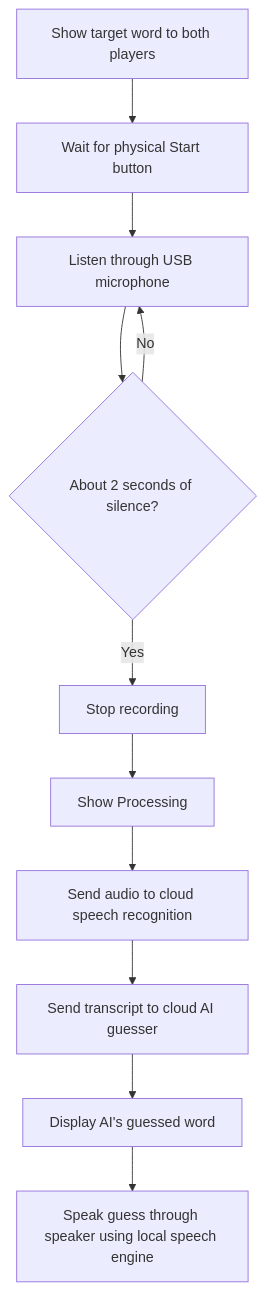
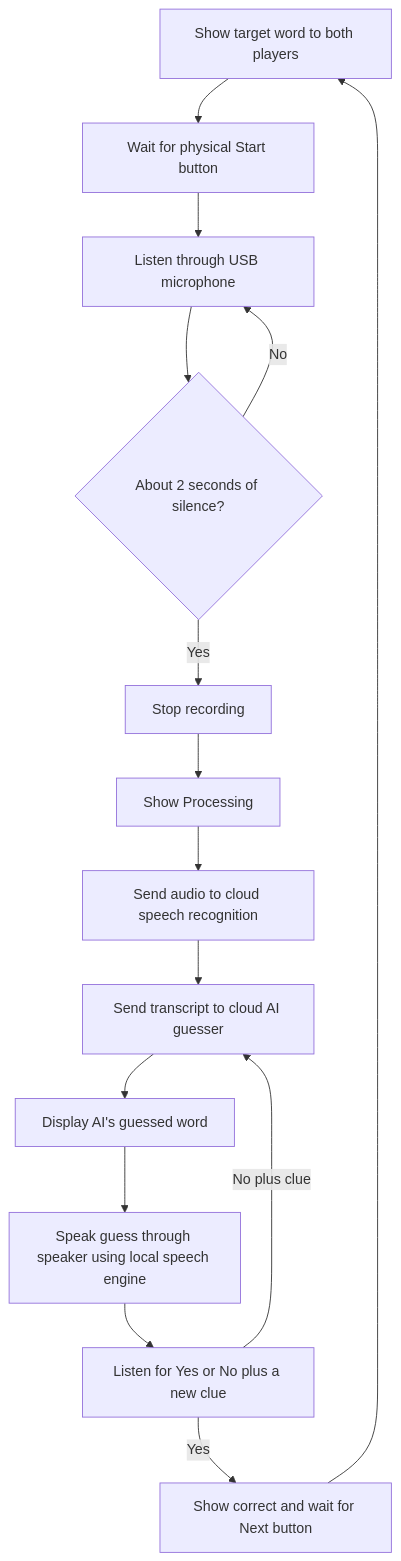
Before and after one commit to jontumalle/Interactive-Lab-Hub: the diagram in Lab 3/README.md, drawn with Mermaid. The commit also changed other lines of this file and 2 other files, not shown here.

````diff
--- a/Lab 3/README.md
+++ b/Lab 3/README.md
@@ -332,13 +333,17 @@
 ```mermaid
 flowchart TD
     A[Show target word to both players] --> B[Wait for physical Start button]
     B --> C[Listen through USB microphone]
     C --> D{About 2 seconds of silence?}
     D -- No --> C
     D -- Yes --> E[Stop recording]
     E --> F[Show Processing]
     F --> G[Send audio to cloud speech recognition]
     G --> H[Send transcript to cloud AI guesser]
     H --> I[Display AI's guessed word]
     I --> J[Speak guess through speaker using local speech engine]
+    J --> K[Listen for Yes or No plus a new clue]
+    K -- Yes --> L[Show correct and wait for Next button]
+    L --> A
+    K -- No plus clue --> H
 ```
````
